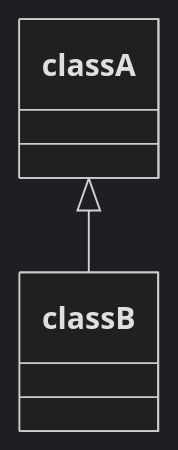
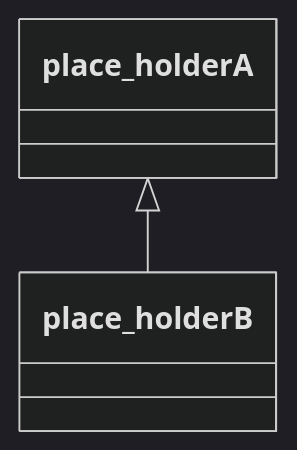
One commit to DisciplinasProgramacao/tp_em_grupo-grupododiogo changed the diagram in README.md. Above: the diagram before and after it, drawn with Mermaid (dark theme). The commit also changed other lines of this file, not shown here.

````diff
--- a/README.md
+++ b/README.md
@@ -58,5 +59,5 @@
 ```mermaid
 classDiagram
-classA <|-- classB
+place_holderA<|-- place_holderB
 end
 ```
````
